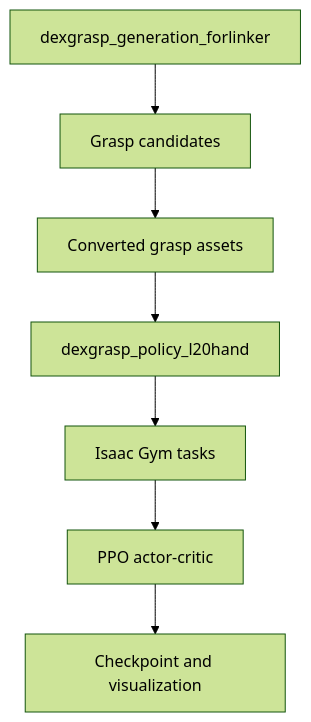
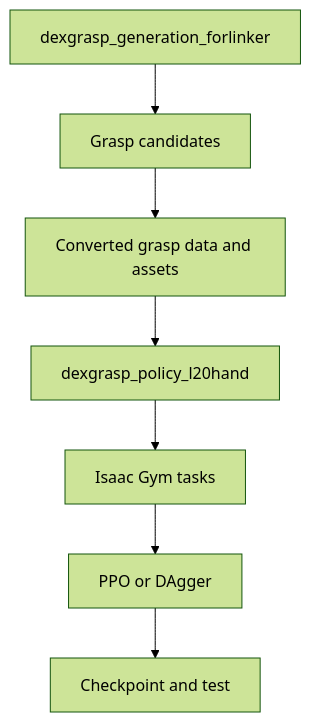
The diagram in docs/architecture.md (Zeil6/linkerhand-unidexgrasp-reproduction), drawn with Mermaid (forest theme) before and after one commit. The commit also changed other lines of this file and 8 other files, not shown here.

````diff
--- a/docs/architecture.md
+++ b/docs/architecture.md
@@ -5,9 +5,9 @@
 ```mermaid
 flowchart TD
     A[dexgrasp_generation_forlinker] --> B[Grasp candidates]
-    B --> C[Converted grasp assets]
+    B --> C[Converted grasp data and assets]
     C --> D[dexgrasp_policy_l20hand]
     D --> E[Isaac Gym tasks]
-    E --> F[PPO actor-critic]
-    F --> G[Checkpoint and visualization]
+    E --> F[PPO or DAgger]
+    F --> G[Checkpoint and test]
 ```
````
